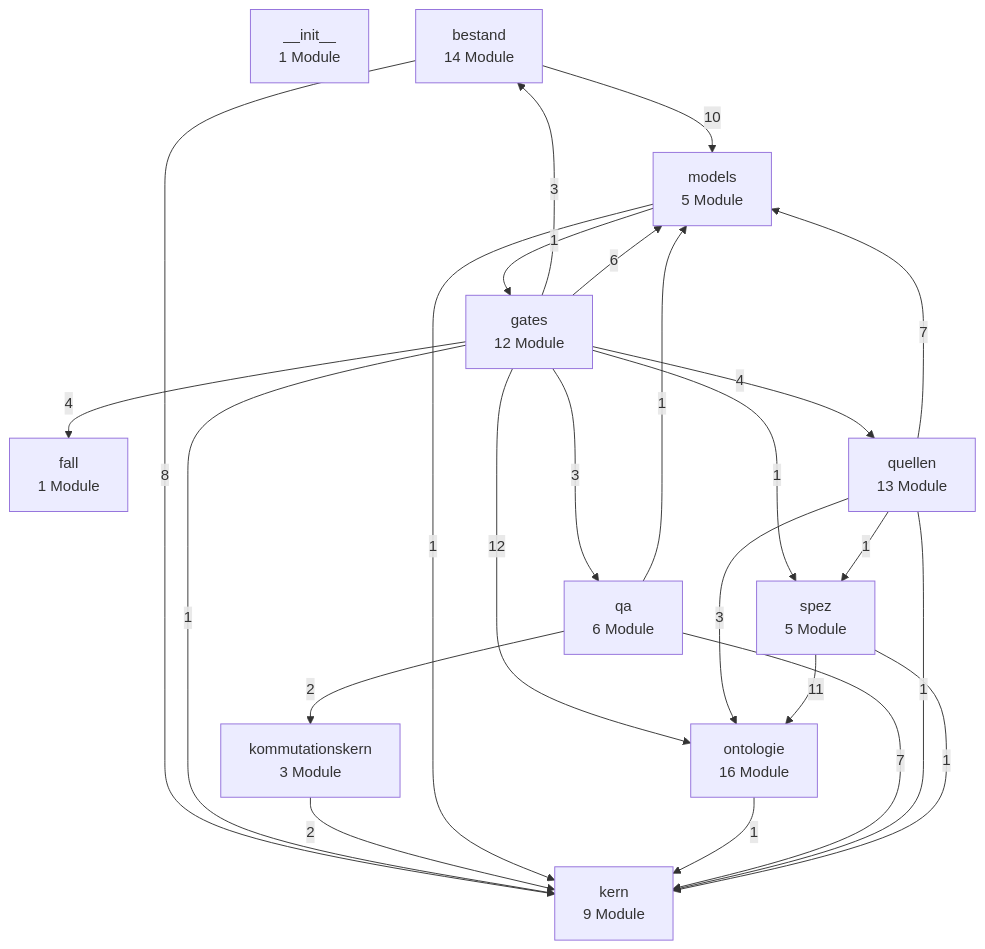
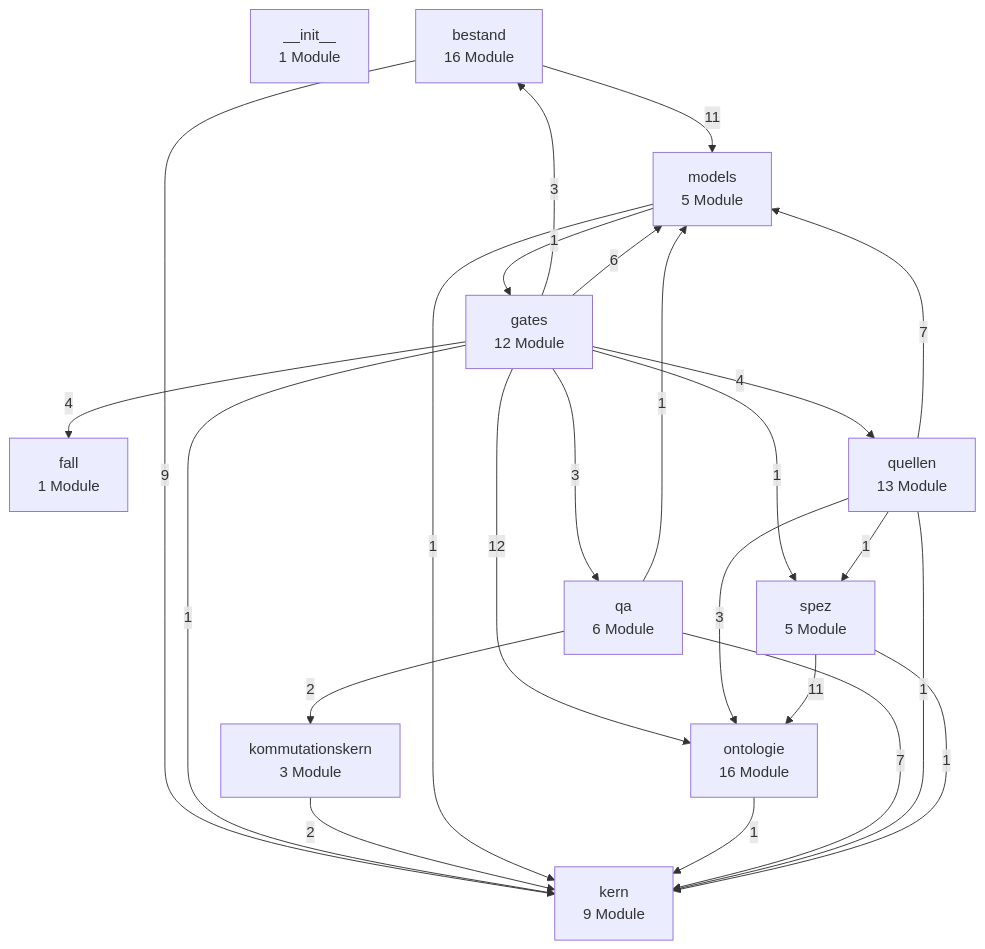
One commit to bartlmac/rechner-pipeline changed the first of 3 diagrams in docs/architektur/landkarte.md. Above: the diagram before and after it, drawn with Mermaid. The commit also changed other lines of this file and 9 other files, not shown here.

````diff
--- a/docs/architektur/landkarte.md
+++ b/docs/architektur/landkarte.md
@@ -27,38 +27,38 @@
 ```mermaid
 %% Schichten — erzeugt von ontologie.landkarte
 flowchart TD
     n__init__["__init__<br/>1 Module"]
-    bestand["bestand<br/>14 Module"]
+    bestand["bestand<br/>16 Module"]
     fall["fall<br/>1 Module"]
     gates["gates<br/>12 Module"]
     kern["kern<br/>9 Module"]
     kommutationskern["kommutationskern<br/>3 Module"]
     models["models<br/>5 Module"]
     ontologie["ontologie<br/>16 Module"]
     qa["qa<br/>6 Module"]
     quellen["quellen<br/>13 Module"]
     spez["spez<br/>5 Module"]
-    bestand -- 8 --> kern
-    bestand -- 10 --> models
+    bestand -- 9 --> kern
+    bestand -- 11 --> models
     gates -- 3 --> bestand
     gates -- 4 --> fall
     gates -- 1 --> kern
     gates -- 6 --> models
     gates -- 12 --> ontologie
     gates -- 3 --> qa
     gates -- 4 --> quellen
     gates -- 1 --> spez
     kommutationskern -- 2 --> kern
     models -- 1 --> gates
     models -- 1 --> kern
     ontologie -- 1 --> kern
     qa -- 7 --> kern
     qa -- 2 --> kommutationskern
     qa -- 1 --> models
     quellen -- 1 --> kern
     quellen -- 7 --> models
     quellen -- 3 --> ontologie
     quellen -- 1 --> spez
     spez -- 1 --> kern
     spez -- 11 --> ontologie
 ```
````
